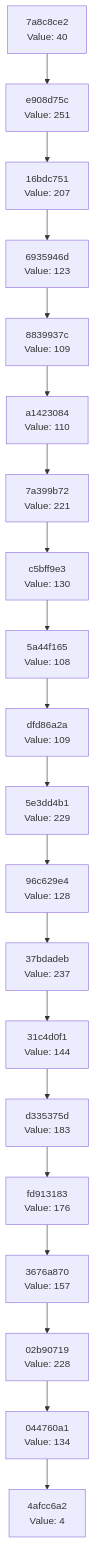
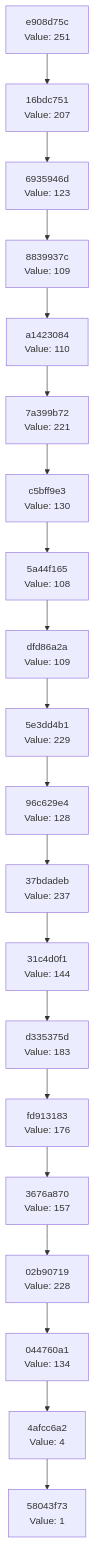
One commit to Abhisheksinha1506/hash-chain-evolver changed the diagram in docs/CHAIN_VISUALIZATION.md. Above: the diagram before and after it, drawn with Mermaid. The commit also changed 2 other files, not shown here.

Commit message:
Evolution Step

````diff
--- a/docs/CHAIN_VISUALIZATION.md
+++ b/docs/CHAIN_VISUALIZATION.md
@@ -3,42 +3,42 @@
 ```mermaid
 graph TD
-    C0["4afcc6a2<br/>Value: 4"]
-    C1["044760a1<br/>Value: 134"]
+    C0["58043f73<br/>Value: 1"]
+    C1["4afcc6a2<br/>Value: 4"]
     C1 --> C0
-    C2["02b90719<br/>Value: 228"]
+    C2["044760a1<br/>Value: 134"]
     C2 --> C1
-    C3["3676a870<br/>Value: 157"]
+    C3["02b90719<br/>Value: 228"]
     C3 --> C2
-    C4["fd913183<br/>Value: 176"]
+    C4["3676a870<br/>Value: 157"]
     C4 --> C3
-    C5["d335375d<br/>Value: 183"]
+    C5["fd913183<br/>Value: 176"]
     C5 --> C4
-    C6["31c4d0f1<br/>Value: 144"]
+    C6["d335375d<br/>Value: 183"]
     C6 --> C5
-    C7["37bdadeb<br/>Value: 237"]
+    C7["31c4d0f1<br/>Value: 144"]
     C7 --> C6
-    C8["96c629e4<br/>Value: 128"]
+    C8["37bdadeb<br/>Value: 237"]
     C8 --> C7
-    C9["5e3dd4b1<br/>Value: 229"]
+    C9["96c629e4<br/>Value: 128"]
     C9 --> C8
-    C10["dfd86a2a<br/>Value: 109"]
+    C10["5e3dd4b1<br/>Value: 229"]
     C10 --> C9
-    C11["5a44f165<br/>Value: 108"]
+    C11["dfd86a2a<br/>Value: 109"]
     C11 --> C10
-    C12["c5bff9e3<br/>Value: 130"]
+    C12["5a44f165<br/>Value: 108"]
     C12 --> C11
-    C13["7a399b72<br/>Value: 221"]
+    C13["c5bff9e3<br/>Value: 130"]
     C13 --> C12
-    C14["a1423084<br/>Value: 110"]
+    C14["7a399b72<br/>Value: 221"]
     C14 --> C13
-    C15["8839937c<br/>Value: 109"]
+    C15["a1423084<br/>Value: 110"]
     C15 --> C14
-    C16["6935946d<br/>Value: 123"]
+    C16["8839937c<br/>Value: 109"]
     C16 --> C15
-    C17["16bdc751<br/>Value: 207"]
+    C17["6935946d<br/>Value: 123"]
     C17 --> C16
-    C18["e908d75c<br/>Value: 251"]
+    C18["16bdc751<br/>Value: 207"]
     C18 --> C17
-    C19["7a8c8ce2<br/>Value: 40"]
+    C19["e908d75c<br/>Value: 251"]
     C19 --> C18
 ```
````
